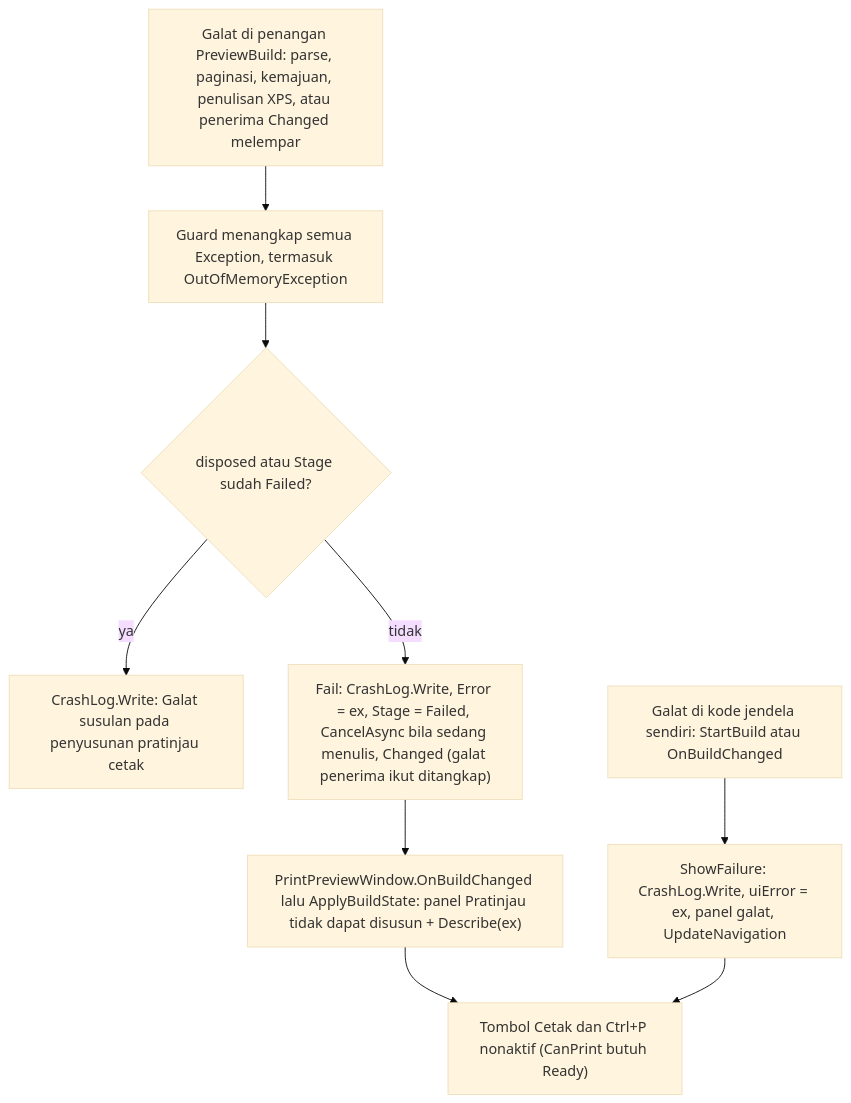
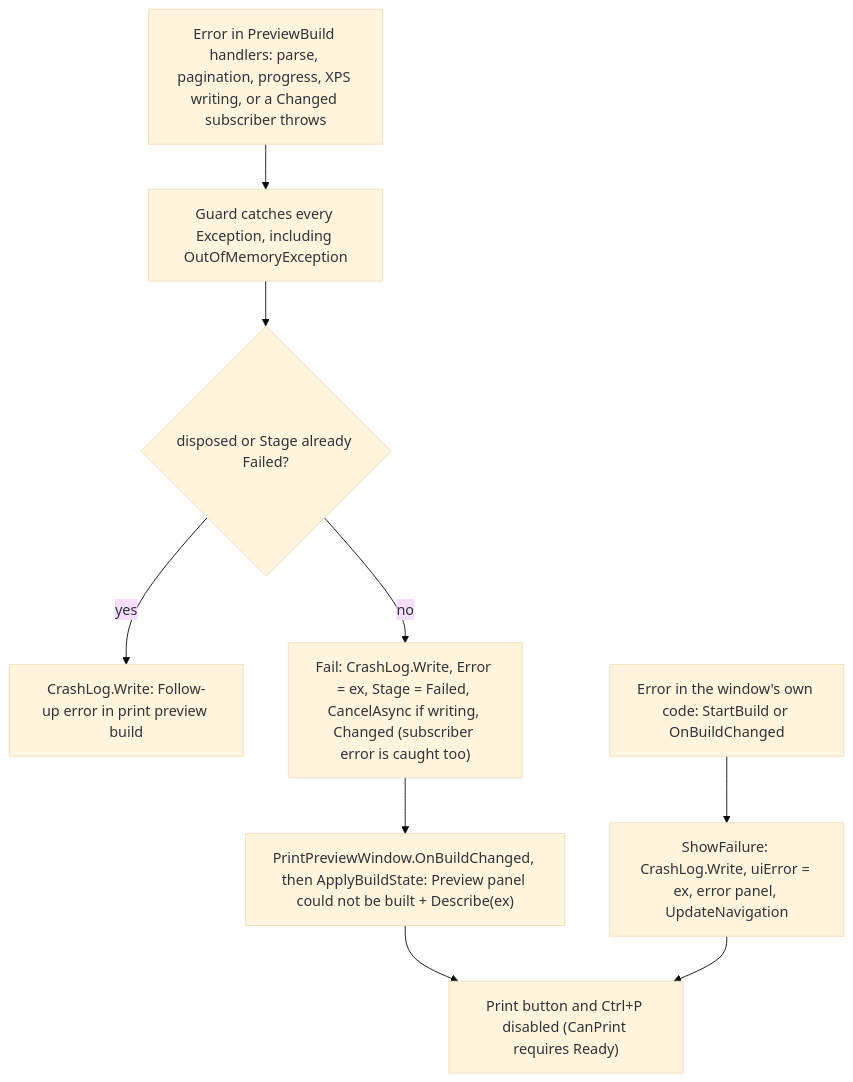
One commit to hoaaah/Makdon changed diagram 12 of 14 in docs/ARCHITECTURE.md. Above: the diagram before and after it, drawn with Mermaid (base theme). The commit also changed other lines of this file and 8 other files, not shown here.

````diff
--- a/docs/ARCHITECTURE.md
+++ b/docs/ARCHITECTURE.md
@@ -626,11 +623,11 @@
 ```mermaid
 flowchart TD
-    E["Galat di penangan PreviewBuild: parse, paginasi, kemajuan, penulisan XPS, atau penerima Changed melempar"] --> G["Guard menangkap semua Exception, termasuk OutOfMemoryException"]
-    G --> C{"disposed atau Stage sudah Failed?"}
-    C -- ya --> L1["CrashLog.Write: Galat susulan pada penyusunan pratinjau cetak"]
-    C -- tidak --> F["Fail: CrashLog.Write, Error = ex, Stage = Failed, CancelAsync bila sedang menulis, Changed (galat penerima ikut ditangkap)"]
-    F --> A["PrintPreviewWindow.OnBuildChanged lalu ApplyBuildState: panel Pratinjau tidak dapat disusun + Describe(ex)"]
-    W["Galat di kode jendela sendiri: StartBuild atau OnBuildChanged"] --> SF["ShowFailure: CrashLog.Write, uiError = ex, panel galat, UpdateNavigation"]
-    A --> P["Tombol Cetak dan Ctrl+P nonaktif (CanPrint butuh Ready)"]
+    E["Error in PreviewBuild handlers: parse, pagination, progress, XPS writing, or a Changed subscriber throws"] --> G["Guard catches every Exception, including OutOfMemoryException"]
+    G --> C{"disposed or Stage already Failed?"}
+    C -- yes --> L1["CrashLog.Write: Follow-up error in print preview build"]
+    C -- no --> F["Fail: CrashLog.Write, Error = ex, Stage = Failed, CancelAsync if writing, Changed (subscriber error is caught too)"]
+    F --> A["PrintPreviewWindow.OnBuildChanged, then ApplyBuildState: Preview panel could not be built + Describe(ex)"]
+    W["Error in the window's own code: StartBuild or OnBuildChanged"] --> SF["ShowFailure: CrashLog.Write, uiError = ex, error panel, UpdateNavigation"]
+    A --> P["Print button and Ctrl+P disabled (CanPrint requires Ready)"]
     SF --> P
 ```
````
